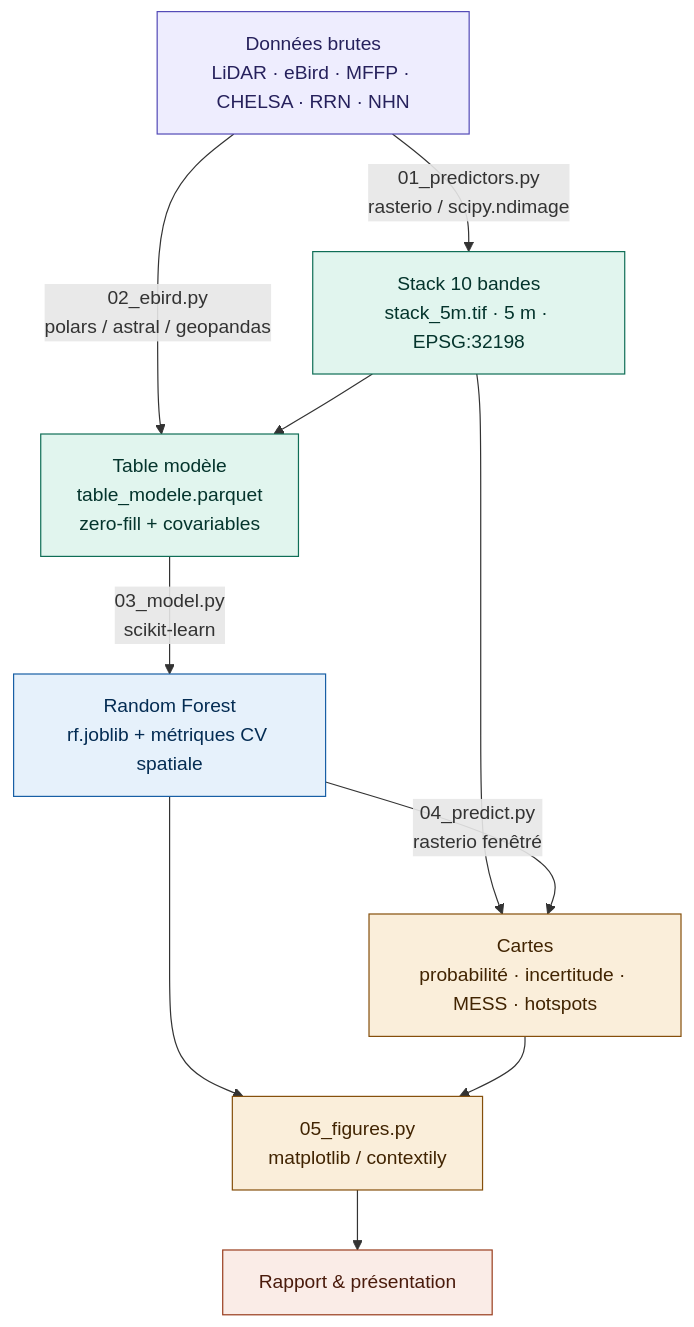
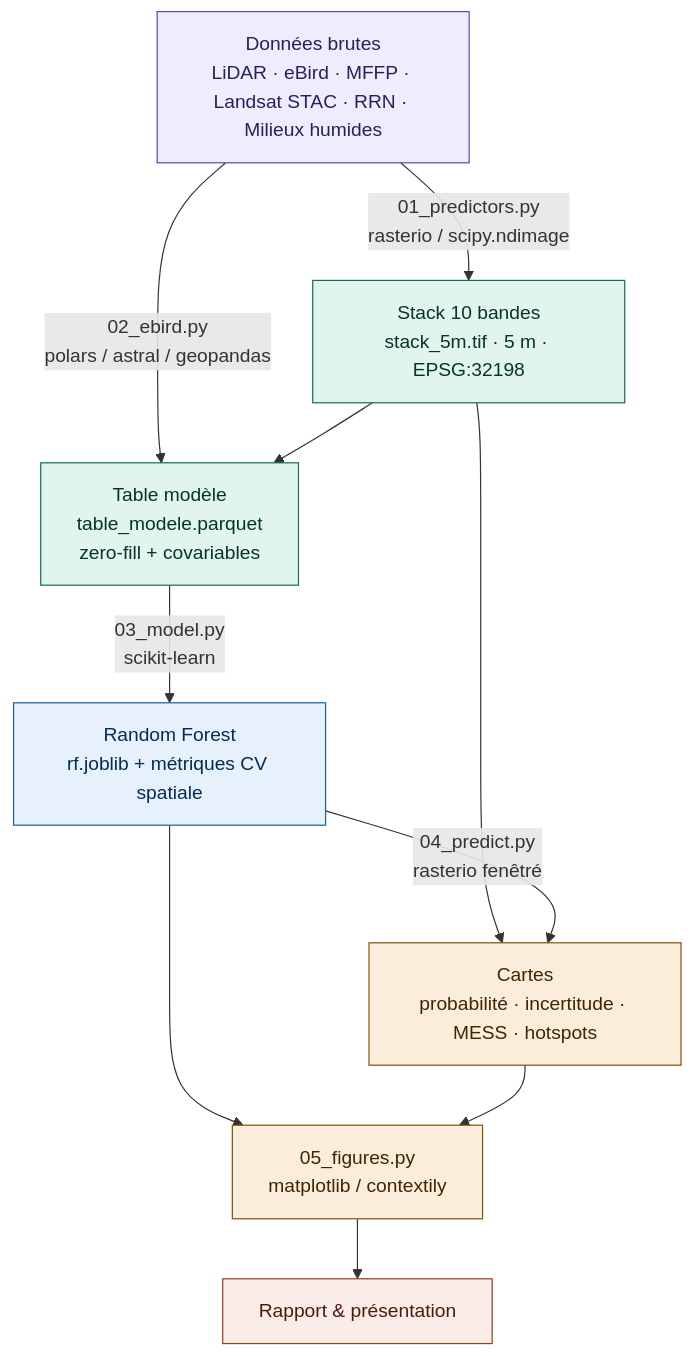
The diagram in README.md (Corydalus/GMQ-580-Projet_session), drawn with Mermaid before and after one commit. The commit also changed other lines of this file, not shown here.

First line of the commit message:
docs(readme): remplace CHELSA par un composite LST Landsat (STAC) et NHN par les milieux humides potentiels

````diff
--- a/README.md
+++ b/README.md
@@ -56,20 +56,20 @@
 ```mermaid
 flowchart TD
-    A[Données brutes<br/>LiDAR · eBird · MFFP · CHELSA · RRN · NHN] -->|01_predictors.py<br/>rasterio / scipy.ndimage| B[Stack 10 bandes<br/>stack_5m.tif · 5 m · EPSG:32198]
+    A[Données brutes<br/>LiDAR · eBird · MFFP · Landsat STAC · RRN · Milieux humides] -->|01_predictors.py<br/>rasterio / scipy.ndimage| B[Stack 10 bandes<br/>stack_5m.tif · 5 m · EPSG:32198]
     A -->|02_ebird.py<br/>polars / astral / geopandas| C[Table modèle<br/>table_modele.parquet<br/>zero-fill + covariables]
     B --> C
     C -->|03_model.py<br/>scikit-learn| D[Random Forest<br/>rf.joblib + métriques CV spatiale]
     B --> E
     D -->|04_predict.py<br/>rasterio fenêtré| E[Cartes<br/>probabilité · incertitude · MESS · hotspots]
     D --> F
     E --> F[05_figures.py<br/>matplotlib / contextily]
     F --> G[Rapport & présentation]
 
     style A fill:#EEEDFE,stroke:#534AB7,color:#26215C
     style B fill:#E1F5EE,stroke:#0F6E56,color:#04342C
     style C fill:#E1F5EE,stroke:#0F6E56,color:#04342C
     style D fill:#E6F1FB,stroke:#185FA5,color:#042C53
     style E fill:#FAEEDA,stroke:#854F0B,color:#412402
     style F fill:#FAEEDA,stroke:#854F0B,color:#412402
     style G fill:#FAECE7,stroke:#993C1D,color:#4A1B0C
 ```
````
